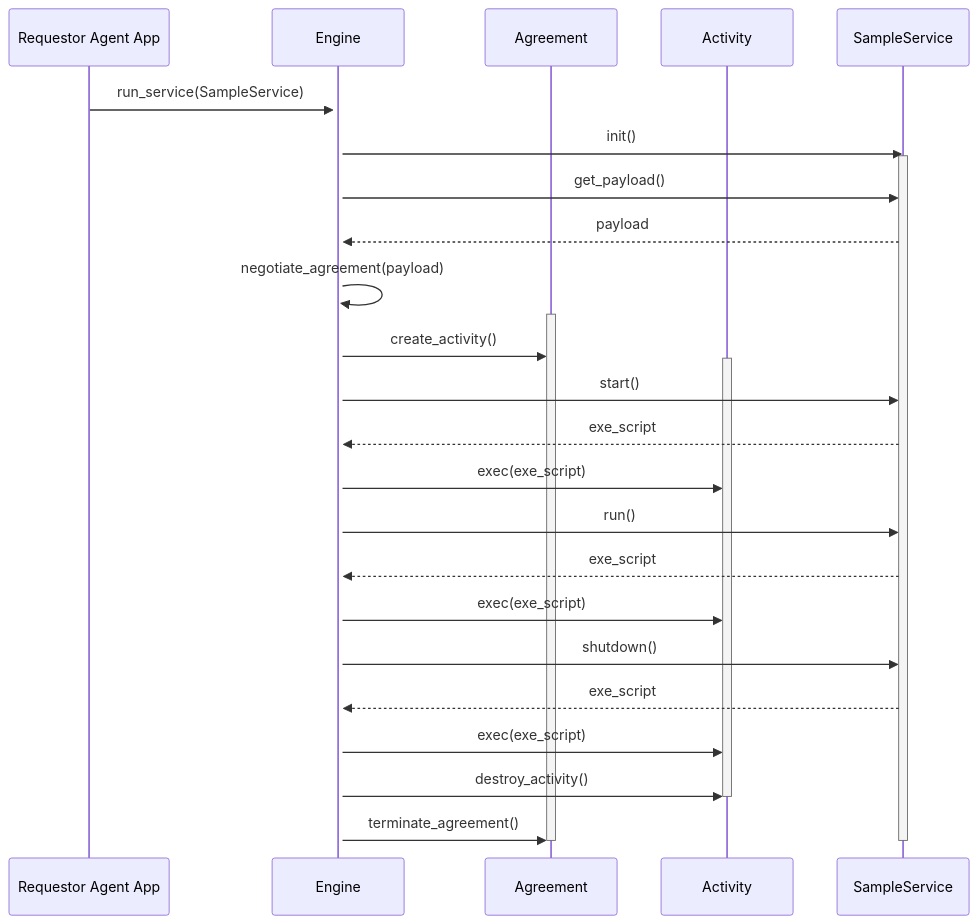
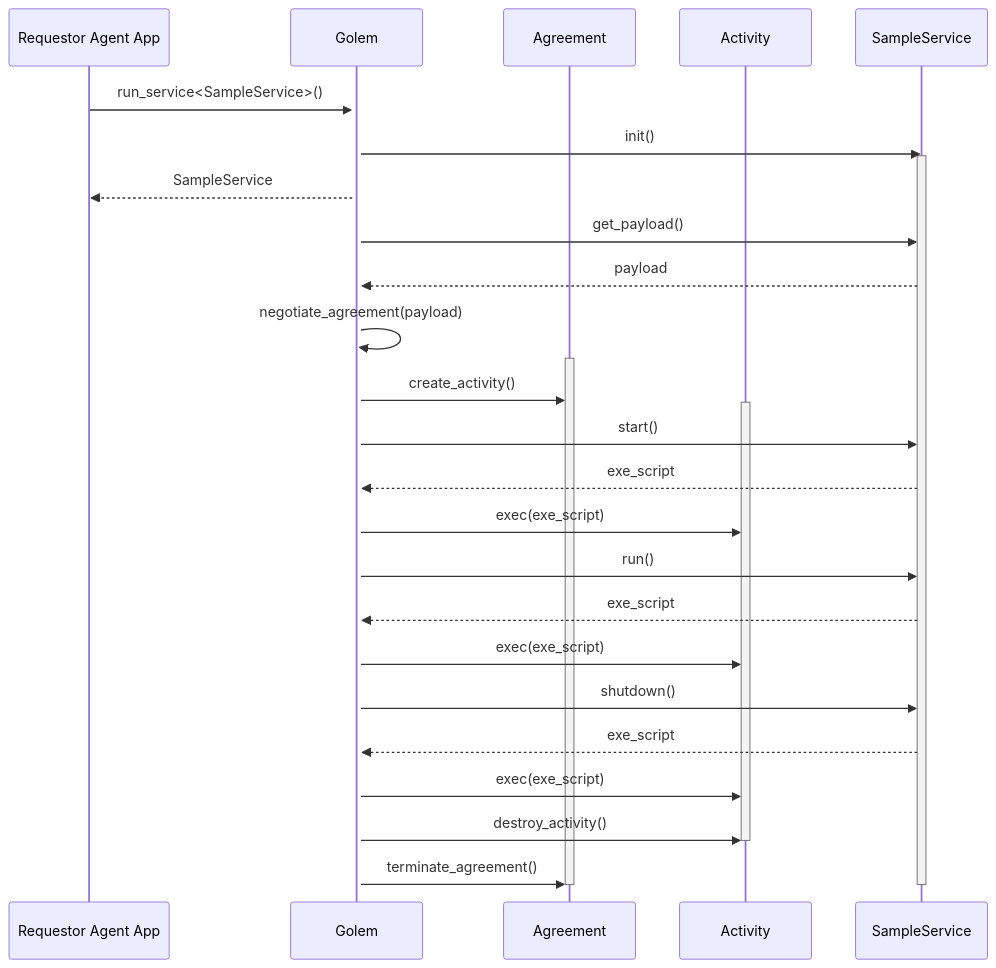
The second of 2 diagrams in gaps/gap-29_service_api/gap-29_service_api.md (golemfactory/golem-architecture), drawn with Mermaid before and after one commit. The commit also changed other lines of this file, not shown here.

````diff
--- a/gaps/gap-29_service_api/gap-29_service_api.md
+++ b/gaps/gap-29_service_api/gap-29_service_api.md
@@ -50,39 +59,40 @@
 ```mermaid
 sequenceDiagram
     participant Agent as Requestor Agent App
-    participant Golem as Engine
+    participant Golem as Golem
     participant Agreement
     participant Activity
     participant SampleService as SampleService
 
-    Agent ->>+ Golem: run_service(SampleService)
+    Agent ->>+ Golem: run_service<SampleService>()
     Golem ->> SampleService: init()
     activate SampleService
+    Golem -->> Agent: SampleService
     Golem ->> SampleService: get_payload()
     SampleService -->> Golem: payload
     Golem ->> Golem: negotiate_agreement(payload)
     activate Agreement
     Golem ->> Agreement: create_activity()
     activate Activity
 
     Golem ->> SampleService: start()
     SampleService -->> Golem: exe_script
     Golem ->> Activity: exec(exe_script)
 
     Golem ->> SampleService: run()
     SampleService -->> Golem: exe_script
     Golem ->> Activity: exec(exe_script)
 
     Golem ->> SampleService: shutdown()
     SampleService -->> Golem: exe_script
     Golem ->> Activity: exec(exe_script)
 
     Golem ->> Activity: destroy_activity()
     deactivate Activity
 
     Golem ->> Agreement: terminate_agreement()
     deactivate Agreement
 
     deactivate SampleService
 
 ```
````
